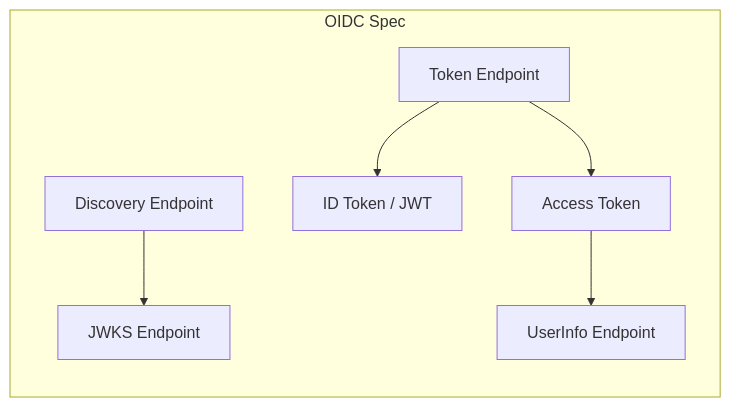
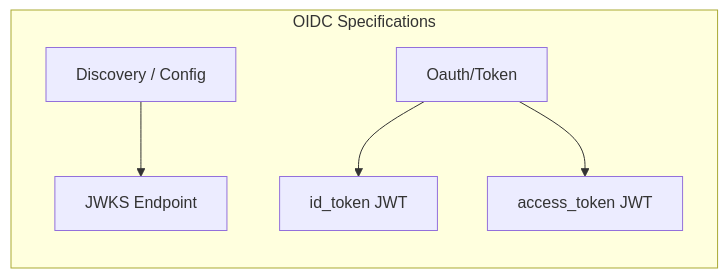
Before and after one commit to ayushsinghh0/just-doing-some-todo: the fourth of 7 diagrams in README.md, drawn with Mermaid. The commit also changed other lines of this file, not shown here.

````diff
--- a/README.md
+++ b/README.md
@@ -206,9 +176,8 @@
 ```mermaid
 graph LR
-    subgraph OIDC Spec
-        Discovery[Discovery Endpoint] --> Keys[JWKS Endpoint]
-        Tokens[Token Endpoint] --> IDToken[ID Token / JWT]
-        Tokens --> AccessToken[Access Token]
-        AccessToken --> UserInfo[UserInfo Endpoint]
+    subgraph OIDC Specifications
+        Discovery[Discovery / Config] --> Keys[JWKS Endpoint]
+        Tokens[Oauth/Token] --> IDToken[id_token JWT]
+        Tokens --> AccessToken[access_token JWT]
     end
 ```
````
